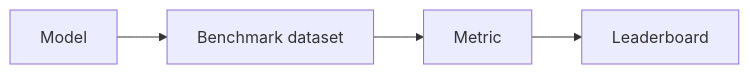
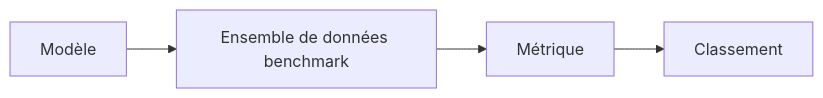
The diagram in i18n/fr/docusaurus-plugin-content-docs/current/benchmarks/index.md (EmersonBraun/ai-summary-hub), drawn with Mermaid before and after one commit. The commit also changed other lines of this file and 230 other files, not shown here.

````diff
--- a/i18n/fr/docusaurus-plugin-content-docs/current/benchmarks/index.md
+++ b/i18n/fr/docusaurus-plugin-content-docs/current/benchmarks/index.md
@@ -17,6 +19,6 @@
 ```mermaid
 flowchart LR
-  Model[Model] --> Benchmark[Benchmark dataset]
-  Benchmark --> Metric[Metric]
-  Metric --> Leaderboard[Leaderboard]
+  Model[Modèle] --> Benchmark[Ensemble de données benchmark]
+  Benchmark --> Metric[Métrique]
+  Metric --> Leaderboard[Classement]
 ```
````
